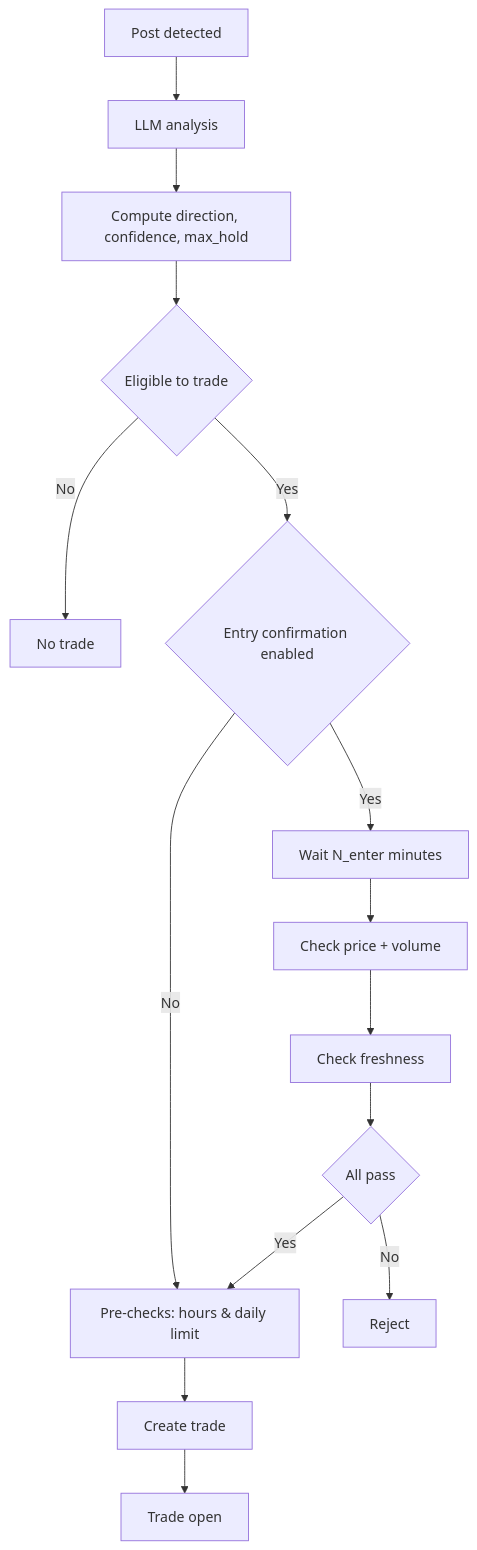
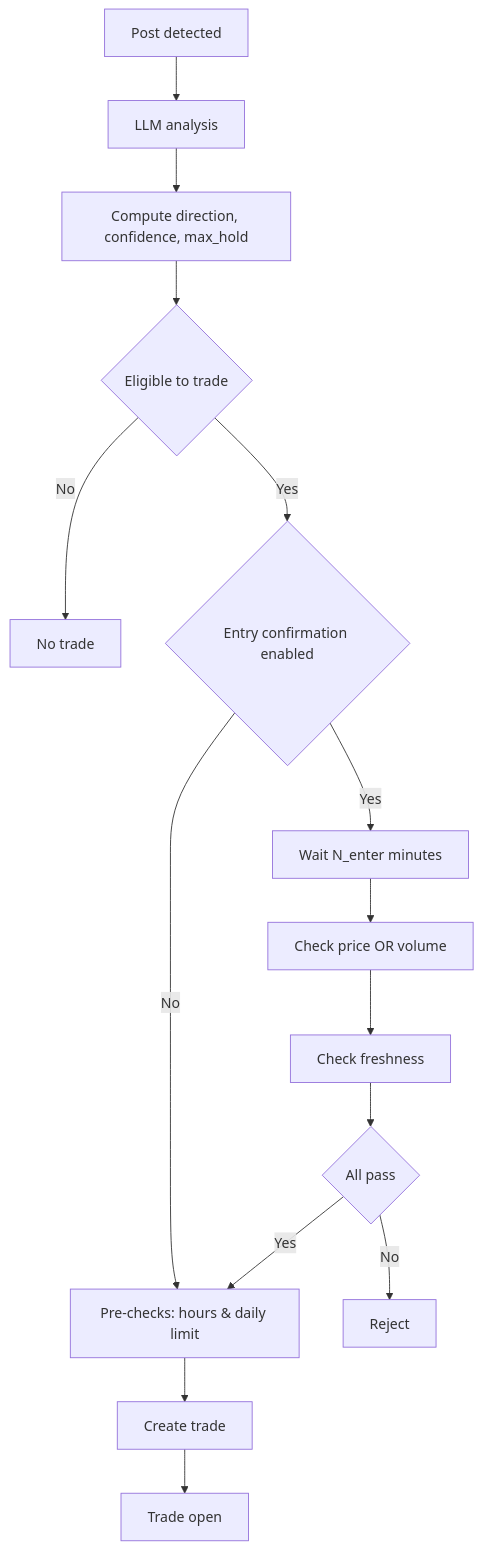
Before and after one commit to ashaffir/news-trader: the first of 2 diagrams in TRADE_STRATEGY.md, drawn with Mermaid. The commit also changed other lines of this file and 3 other files, not shown here.

````diff
--- a/TRADE_STRATEGY.md
+++ b/TRADE_STRATEGY.md
@@ -13,17 +13,17 @@
 ```mermaid
 flowchart TD
 A[Post detected] --> B[LLM analysis]
 B --> C[Compute direction, confidence, max_hold]
 C --> D{Eligible to trade}
 D -- No --> Z1[No trade]
 D -- Yes --> E{Entry confirmation enabled}
 E -- No --> G[Pre-checks: hours & daily limit]
 G --> H[Create trade]
 H --> I[Trade open]
 E -- Yes --> F[Wait N_enter minutes]
-F --> J[Check price + volume]
+ F --> J[Check price OR volume]
 J --> K[Check freshness]
 K --> L{All pass}
 L -- No --> Z2[Reject]
 L -- Yes --> G
 ```
````
